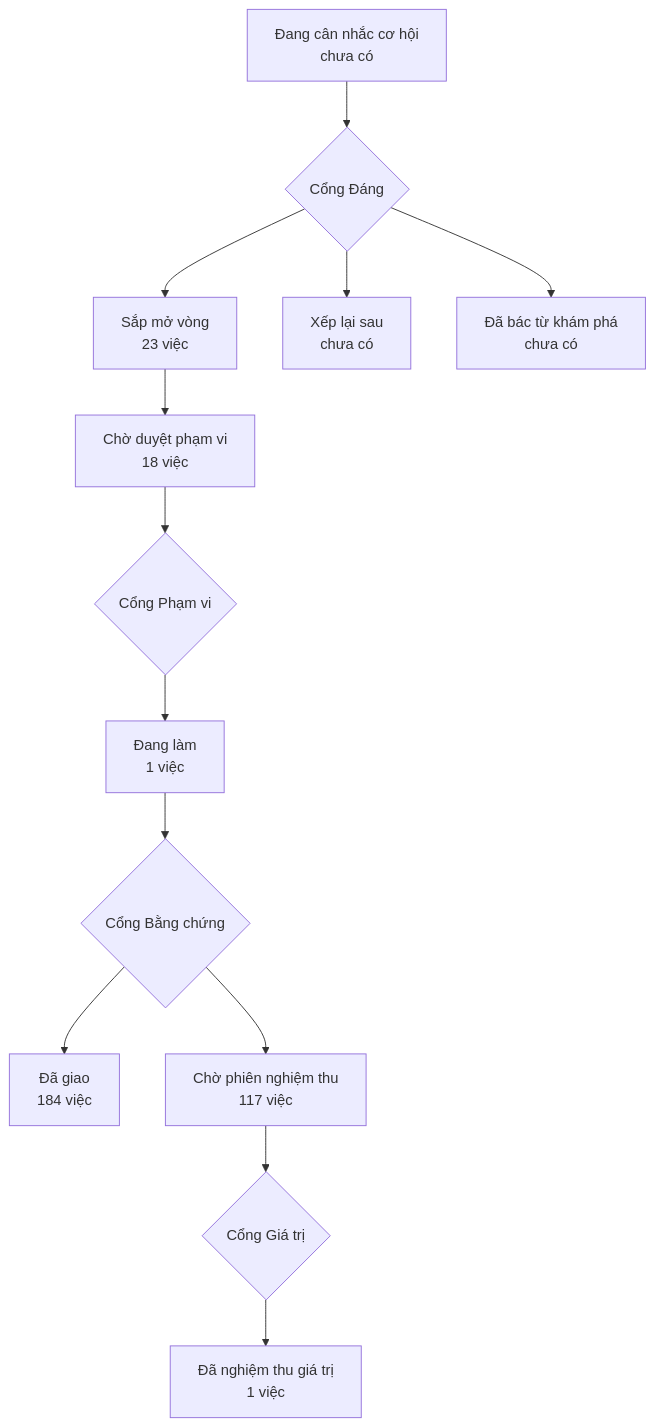
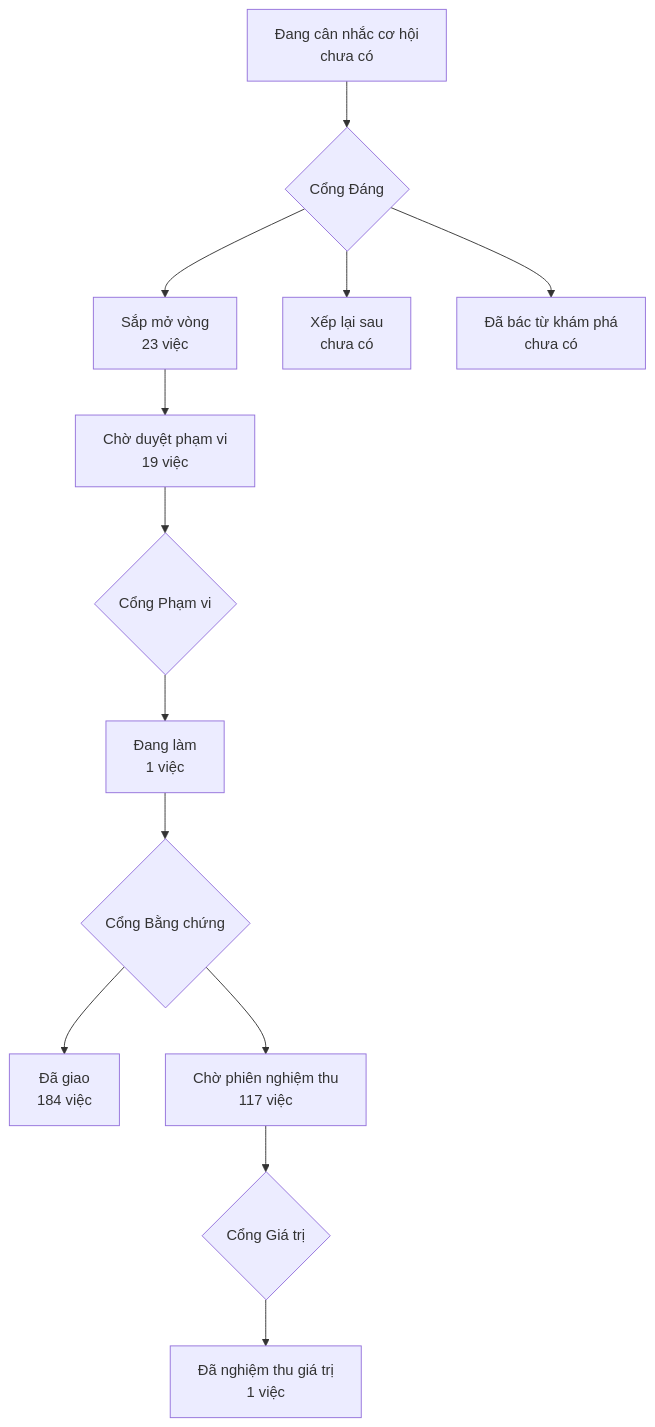
One commit to phanlemanh/onehub-invest changed the diagram in PRODUCT-MAP.md. Above: the diagram before and after it, drawn with Mermaid. The commit also changed other lines of this file and 1 other file, not shown here.

Commit message:
docs: vẽ lại bản đồ sản phẩm sau gộp main (can-gia-tot-cung-loai)

````diff
--- a/PRODUCT-MAP.md
+++ b/PRODUCT-MAP.md
@@ -7,12 +7,12 @@
 ```mermaid
 flowchart TD
   A["Đang cân nhắc cơ hội<br/>chưa có"] --> GD{"Cổng Đáng"}
   GD --> B["Sắp mở vòng<br/>23 việc"]
   GD --> XL["Xếp lại sau<br/>chưa có"]
   GD --> DB["Đã bác từ khám phá<br/>chưa có"]
-  B --> CD["Chờ duyệt phạm vi<br/>18 việc"] --> GP{"Cổng Phạm vi"}
+  B --> CD["Chờ duyệt phạm vi<br/>19 việc"] --> GP{"Cổng Phạm vi"}
   GP --> DL["Đang làm<br/>1 việc"] --> GB{"Cổng Bằng chứng"}
   GB --> DG["Đã giao<br/>184 việc"]
   GB --> CN["Chờ phiên nghiệm thu<br/>117 việc"] --> GG{"Cổng Giá trị"}
   GG --> NT["Đã nghiệm thu giá trị<br/>1 việc"]
 ```
````
